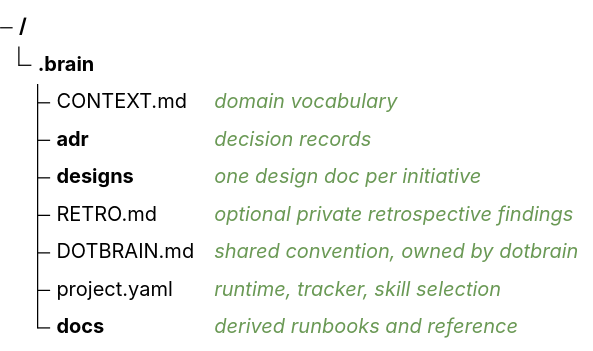
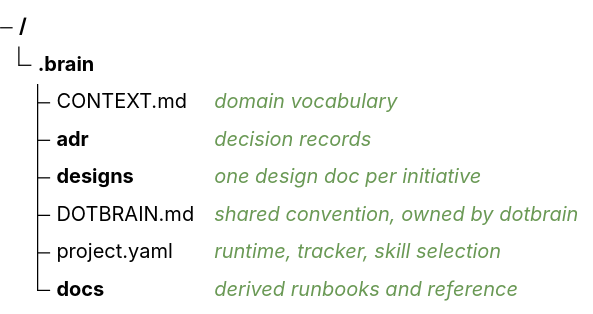
The second of 3 diagrams in docs/architecture.md (arminzou/dotbrain), drawn with Mermaid before and after one commit. The commit also changed other lines of this file and 39 other files, not shown here.

````diff
--- a/docs/architecture.md
+++ b/docs/architecture.md
@@ -65,12 +65,11 @@
 ```mermaid
 treeView-beta
   accTitle: The files and folders of a Brain
   .brain/
     CONTEXT.md ## domain vocabulary
     adr/ ## decision records
     designs/ ## one design doc per initiative
-    RETRO.md ## optional private retrospective findings
     DOTBRAIN.md ## shared convention, owned by dotbrain
     project.yaml ## runtime, tracker, skill selection
     docs/ ## derived runbooks and reference
 ```
````
